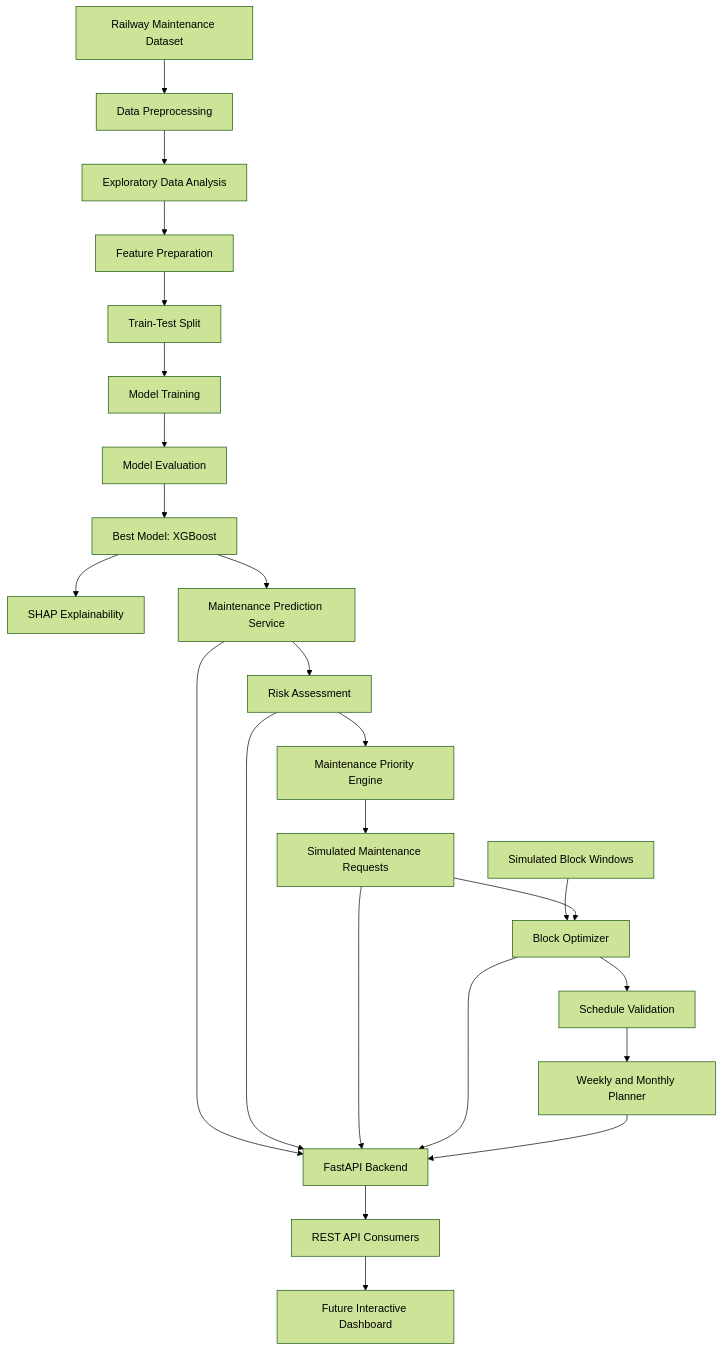
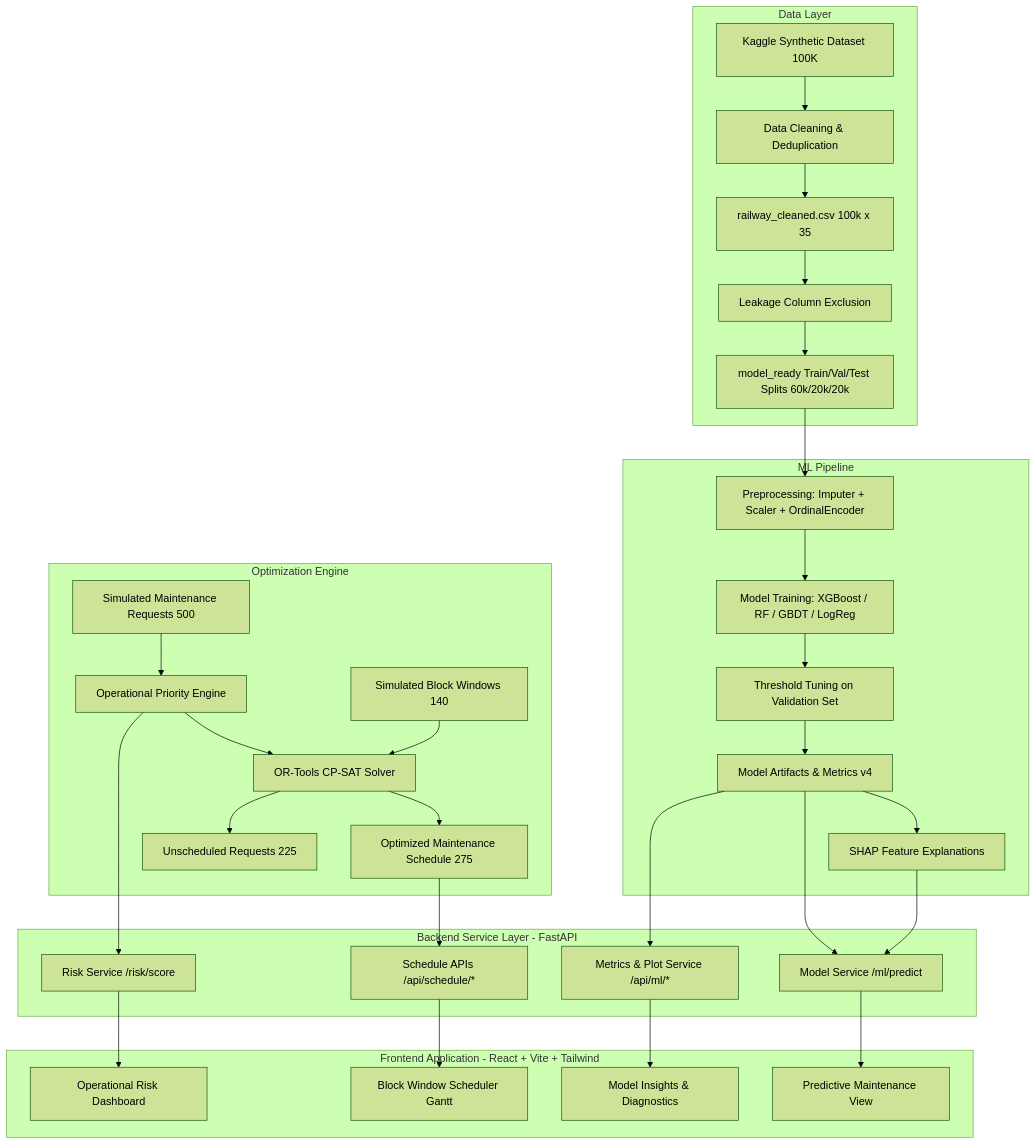
The first of 4 diagrams in docs/architecture.md (Nupuryadav20/RailSetu-AI), drawn with Mermaid (forest theme) before and after one commit. The commit also changed other lines of this file and 126 other files, not shown here.

````diff
--- a/docs/architecture.md
+++ b/docs/architecture.md
@@ -26,31 +10,40 @@
 ```mermaid
 flowchart TD
-    A[Railway Maintenance Dataset] --> B[Data Preprocessing]
-    B --> C[Exploratory Data Analysis]
-    C --> D[Feature Preparation]
-    D --> E[Train-Test Split]
-    E --> F[Model Training]
-    F --> G[Model Evaluation]
-    G --> H[Best Model: XGBoost]
-    H --> I[SHAP Explainability]
+    subgraph Data Layer
+        A1[Kaggle Synthetic Dataset 100K] --> A2[Data Cleaning & Deduplication]
+        A2 --> A3[railway_cleaned.csv 100k x 35]
+        A3 --> A4[Leakage Column Exclusion]
+        A4 --> A5[model_ready Train/Val/Test Splits 60k/20k/20k]
+    end
 
-    H --> J[Maintenance Prediction Service]
-    J --> K[Risk Assessment]
-    K --> L[Maintenance Priority Engine]
+    subgraph ML Pipeline
+        A5 --> M1[Preprocessing: Imputer + Scaler + OrdinalEncoder]
+        M1 --> M2[Model Training: XGBoost / RF / GBDT / LogReg]
+        M2 --> M3[Threshold Tuning on Validation Set]
+        M3 --> M4[Model Artifacts & Metrics v4]
+        M4 --> M5[SHAP Feature Explanations]
+    end
 
-    L --> M[Simulated Maintenance Requests]
-    N[Simulated Block Windows] --> O[Block Optimizer]
-    M --> O
+    subgraph Optimization Engine
+        O1[Simulated Maintenance Requests 500] --> O3[Operational Priority Engine]
+        O2[Simulated Block Windows 140] --> O4[OR-Tools CP-SAT Solver]
+        O3 --> O4
+        O4 --> O5[Optimized Maintenance Schedule 275]
+        O4 --> O6[Unscheduled Requests 225]
+    end
 
-    O --> P[Schedule Validation]
-    P --> Q[Weekly and Monthly Planner]
+    subgraph Backend Service Layer - FastAPI
+        M4 --> B1[Model Service /ml/predict]
+        M5 --> B1
+        O3 --> B2[Risk Service /risk/score]
+        O5 --> B3[Schedule APIs /api/schedule/*]
+        M4 --> B4[Metrics & Plot Service /api/ml/*]
+    end
 
-    J --> R[FastAPI Backend]
-    K --> R
-    M --> R
-    O --> R
-    Q --> R
-
-    R --> S[REST API Consumers]
-    S --> T[Future Interactive Dashboard]
+    subgraph Frontend Application - React + Vite + Tailwind
+        B1 --> F1[Predictive Maintenance View]
+        B2 --> F2[Operational Risk Dashboard]
+        B3 --> F3[Block Window Scheduler Gantt]
+        B4 --> F4[Model Insights & Diagnostics]
+    end
 ```
````
